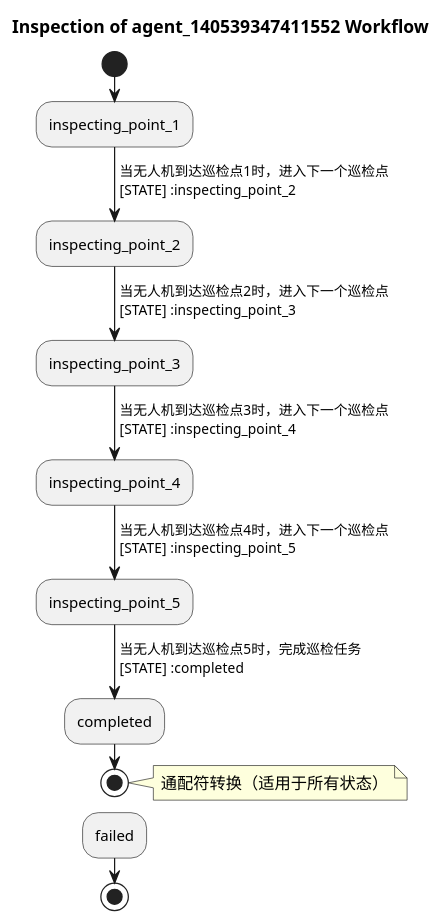
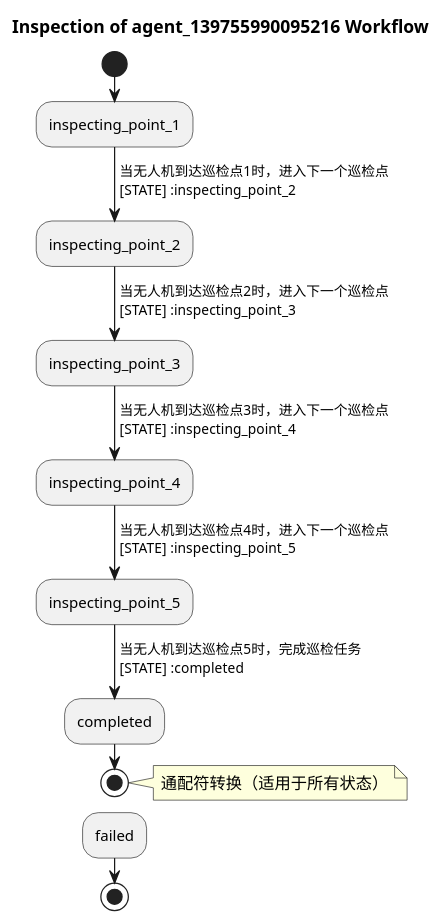
One commit to ZhiweiWei-NAMI/AeroAgentSim changed the diagram in src/airfogsim/examples/diagrams/inspection_workflow.puml. Above: the diagram before and after it, drawn with PlantUML. The commit also changed 39 other files, not shown here.

```diff
--- a/src/airfogsim/examples/diagrams/inspection_workflow.puml
+++ b/src/airfogsim/examples/diagrams/inspection_workflow.puml
@@ -1,21 +1,21 @@
 @startuml
-title Inspection of agent_140539347411552 Workflow
+title Inspection of agent_139755990095216 Workflow
 start
 :inspecting_point_1;
 -> 当无人机到达巡检点1时，进入下一个巡检点\n[STATE] :inspecting_point_2;
 :inspecting_point_2;
 -> 当无人机到达巡检点2时，进入下一个巡检点\n[STATE] :inspecting_point_3;
 :inspecting_point_3;
 -> 当无人机到达巡检点3时，进入下一个巡检点\n[STATE] :inspecting_point_4;
 :inspecting_point_4;
 -> 当无人机到达巡检点4时，进入下一个巡检点\n[STATE] :inspecting_point_5;
 :inspecting_point_5;
 -> 当无人机到达巡检点5时，完成巡检任务\n[STATE] :completed;
 :completed;
 stop
 
 note right: 通配符转换（适用于所有状态）
 -> [EVENT] :failed;
 :failed;
 stop
 @enduml
```
